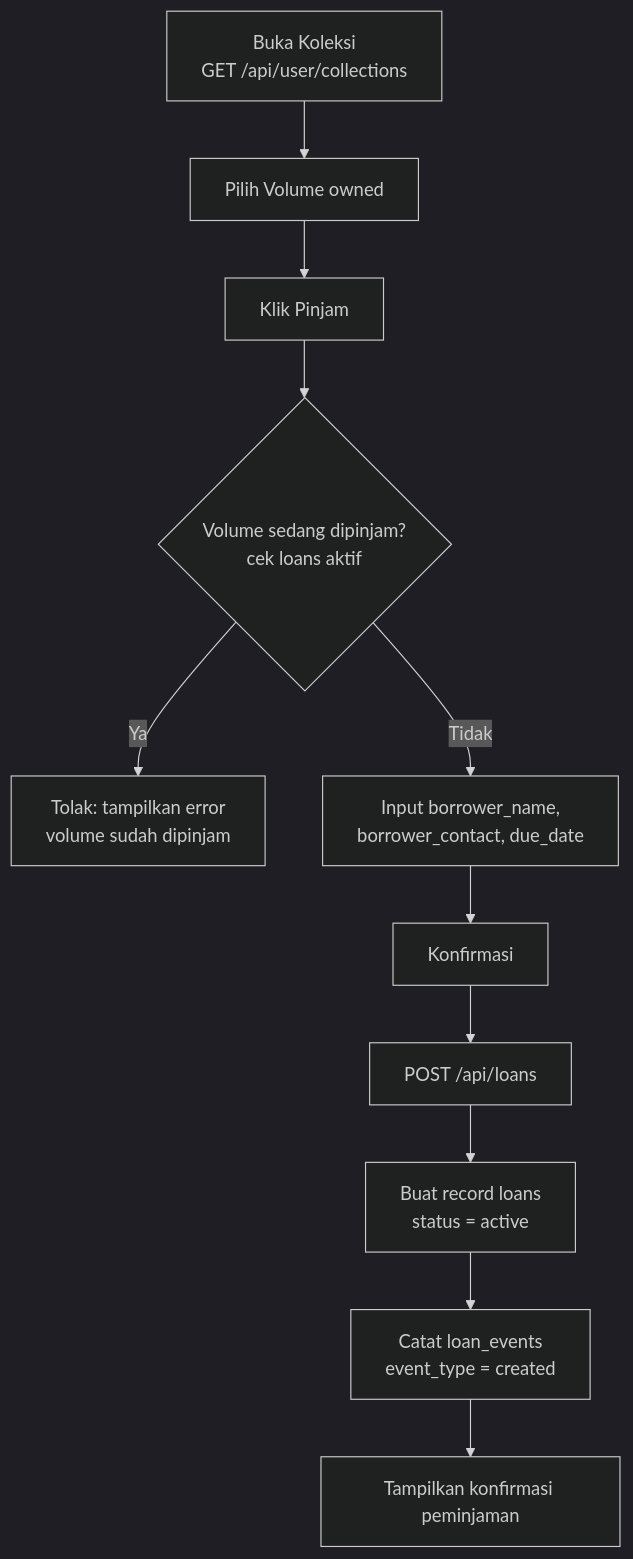
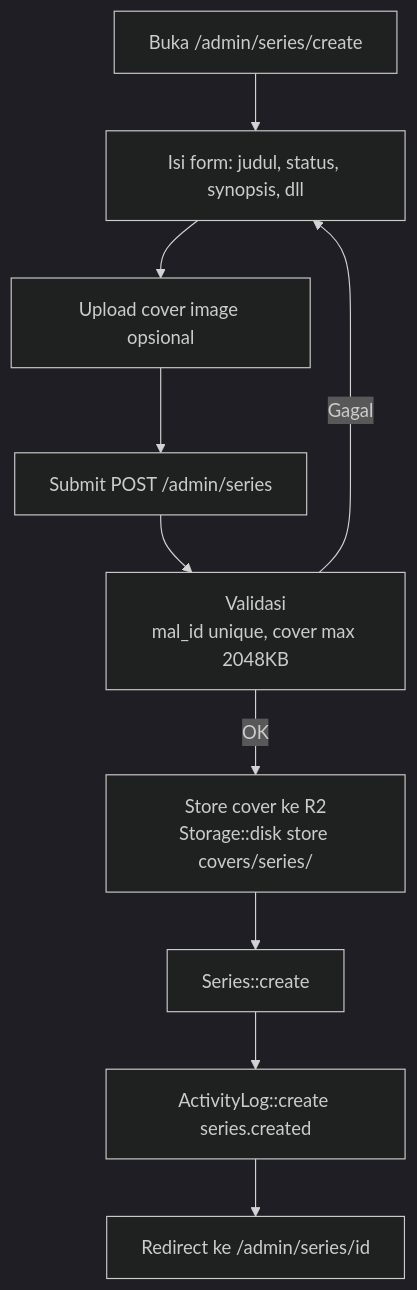
The second of 6 diagrams in docs/03-user-flow.md (srytmj/malas), drawn with Mermaid (dark theme) before and after one commit. The commit also changed other lines of this file and 1127 other files, not shown here.

````diff
--- a/docs/03-user-flow.md
+++ b/docs/03-user-flow.md
@@ -29,13 +31,12 @@
 ```mermaid
 flowchart TD
-    A[Buka Koleksi<br/>GET /api/user/collections] --> B[Pilih Volume owned]
-    B --> C[Klik Pinjam]
-    C --> D{Volume sedang dipinjam?<br/>cek loans aktif}
-    D -- Ya --> E[Tolak: tampilkan error<br/>volume sudah dipinjam]
-    D -- Tidak --> F[Input borrower_name,<br/>borrower_contact, due_date]
-    F --> G[Konfirmasi]
-    G --> H[POST /api/loans]
-    H --> I[Buat record loans<br/>status = active]
-    I --> J[Catat loan_events<br/>event_type = created]
-    J --> K[Tampilkan konfirmasi peminjaman]
+    A[Buka /admin/series/create] --> B[Isi form: judul, status, synopsis, dll]
+    B --> C[Upload cover image opsional]
+    C --> D[Submit POST /admin/series]
+    D --> E[Validasi\nmal_id unique, cover max 2048KB]
+    E -- Gagal --> B
+    E -- OK --> F[Store cover ke R2\nStorage::disk store covers/series/]
+    F --> G[Series::create]
+    G --> H[ActivityLog::create series.created]
+    H --> I[Redirect ke /admin/series/id]
 ```
````
